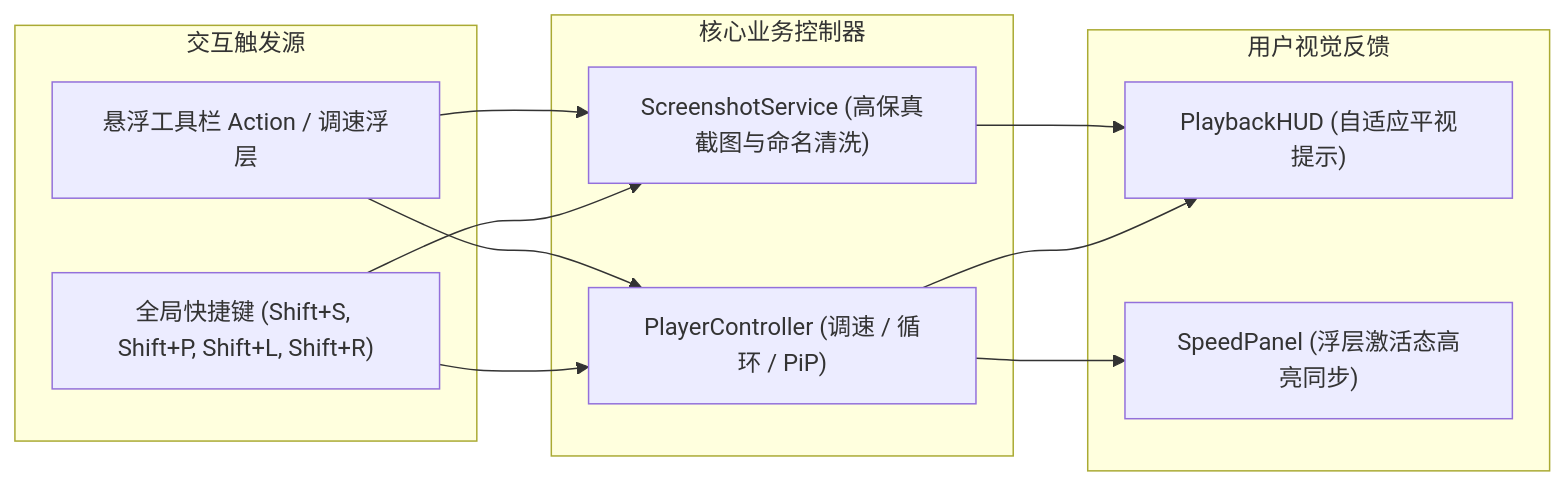
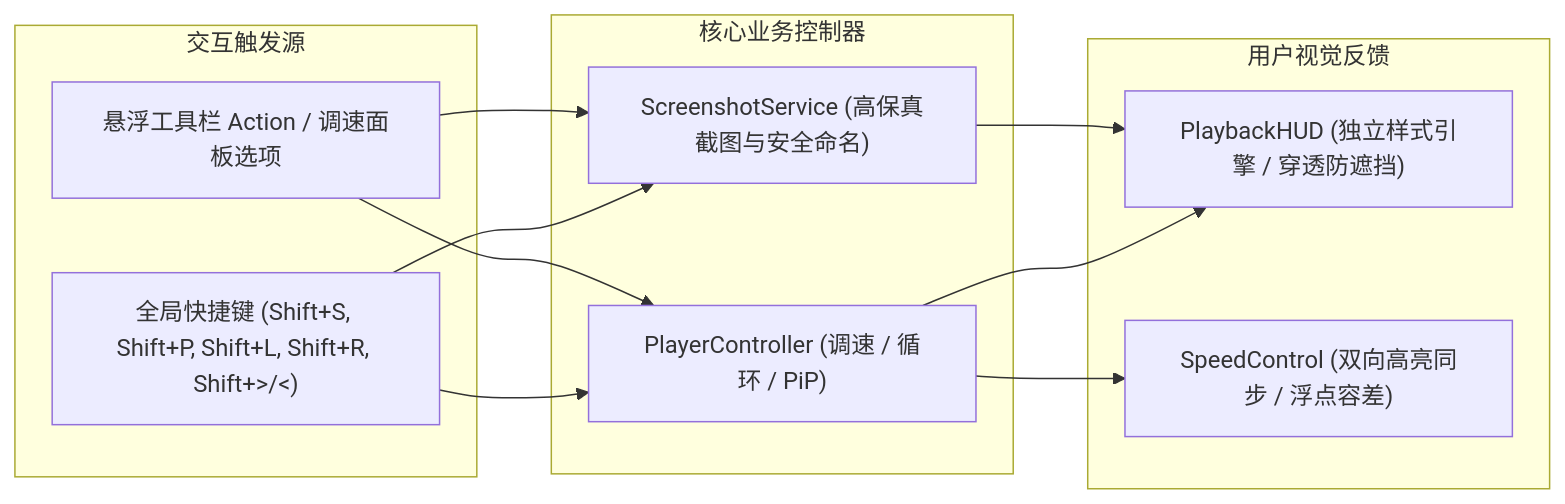
The first of 2 diagrams in docs/tabview-player-extension-full-alignment-plan.md (lidaixingchen/YouTube_Turbo), drawn with Mermaid before and after one commit. The commit also changed other lines of this file, not shown here.

````diff
--- a/docs/tabview-player-extension-full-alignment-plan.md
+++ b/docs/tabview-player-extension-full-alignment-plan.md
@@ -80,25 +106,25 @@
 ```mermaid
 flowchart LR
     subgraph Trigger_Sources ["交互触发源"]
-        KEY["全局快捷键 (Shift+S, Shift+P, Shift+L, Shift+R)"]
-        UI["悬浮工具栏 Action / 调速浮层"]
+        KEY["全局快捷键 (Shift+S, Shift+P, Shift+L, Shift+R, Shift+>/<)"]
+        UI["悬浮工具栏 Action / 调速面板选项"]
     end
 
     subgraph Core_Controllers ["核心业务控制器"]
         PC["PlayerController (调速 / 循环 / PiP)"]
-        SC["ScreenshotService (高保真截图与命名清洗)"]
+        SC["ScreenshotService (高保真截图与安全命名)"]
     end
 
     subgraph Visual_Feedback ["用户视觉反馈"]
-        HUD["PlaybackHUD (自适应平视提示)"]
-        PANEL["SpeedPanel (浮层激活态高亮同步)"]
+        HUD["PlaybackHUD (独立样式引擎 / 穿透防遮挡)"]
+        PANEL["SpeedControl (双向高亮同步 / 浮点容差)"]
     end
 
     KEY --> PC
     KEY --> SC
     UI --> PC
     UI --> SC
     PC --> HUD
     PC --> PANEL
     SC --> HUD
 ```
````
